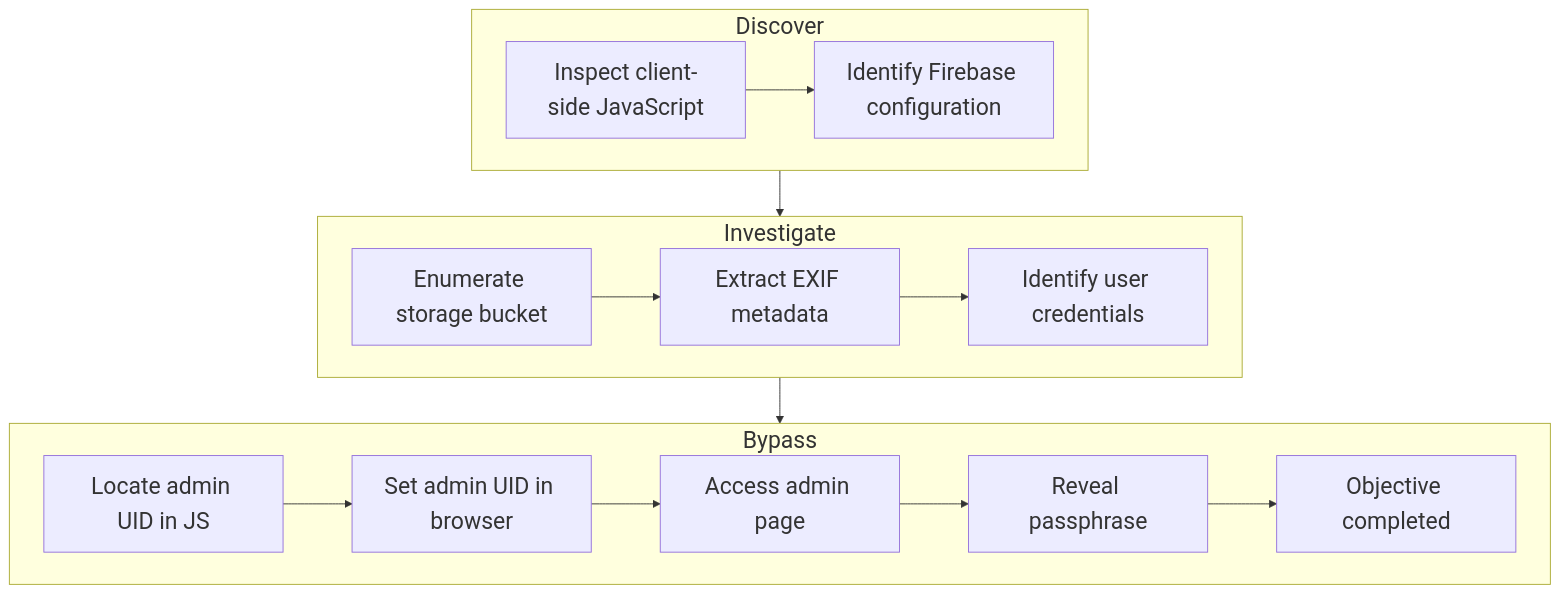
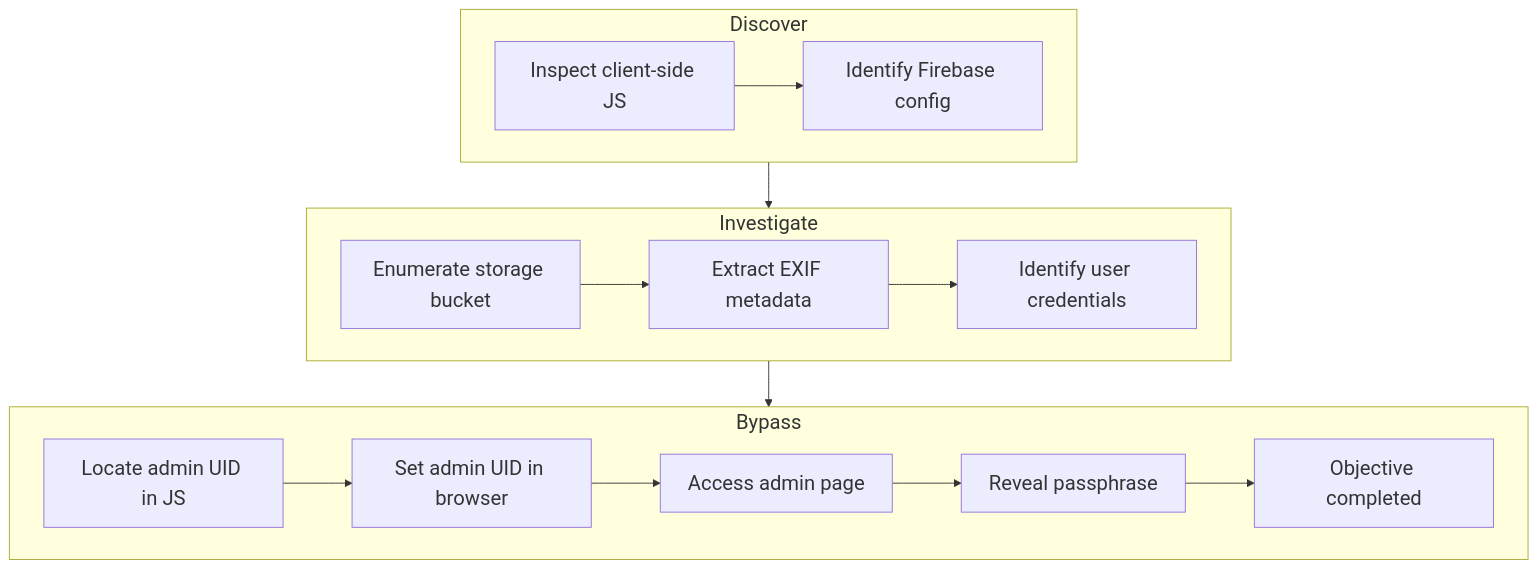
The diagram in docs/objectives/Gnome_Tea.md (ashishmgupta/hhc2025), drawn with Mermaid before and after one commit. The commit also changed other lines of this file and 29 other files, not shown here.

````diff
--- a/docs/objectives/Gnome_Tea.md
+++ b/docs/objectives/Gnome_Tea.md
@@ -45,36 +45,36 @@
 ```mermaid
 %%{init: {"themeVariables": {
-  "fontSize": "25px",
+  "fontSize": "22px",
   "nodeTextSize": "18px",
   "clusterTextSize": "22px"
 }}}%%
 flowchart TD
 
   subgraph Row1["Discover"]
     direction LR
-    A[Inspect client-side JavaScript]
-    B[Identify Firebase configuration]
+    A[Inspect client-side JS]
+    B[Identify Firebase config]
     A --> B
   end
 
   subgraph Row2["Investigate"]
     direction LR
     C[Enumerate storage bucket]
     D[Extract EXIF metadata]
     E[Identify user credentials]
     C --> D --> E
   end
 
   subgraph Row3["Bypass"]
     direction LR
     F[Locate admin UID in JS]
     G[Set admin UID in browser]
     H[Access admin page]
     I[Reveal passphrase]
     J[Objective completed]
     F --> G --> H --> I --> J
   end
 
   Row1 --> Row2
   Row2 --> Row3
 ```
````
